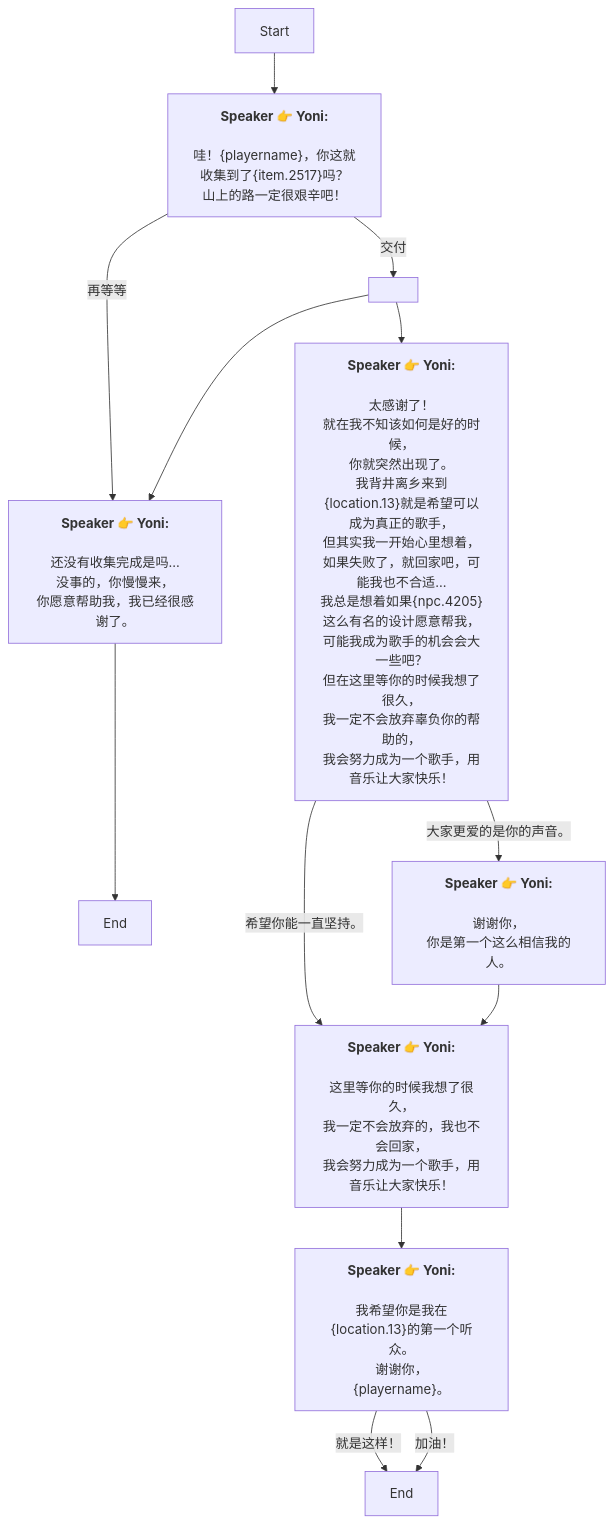
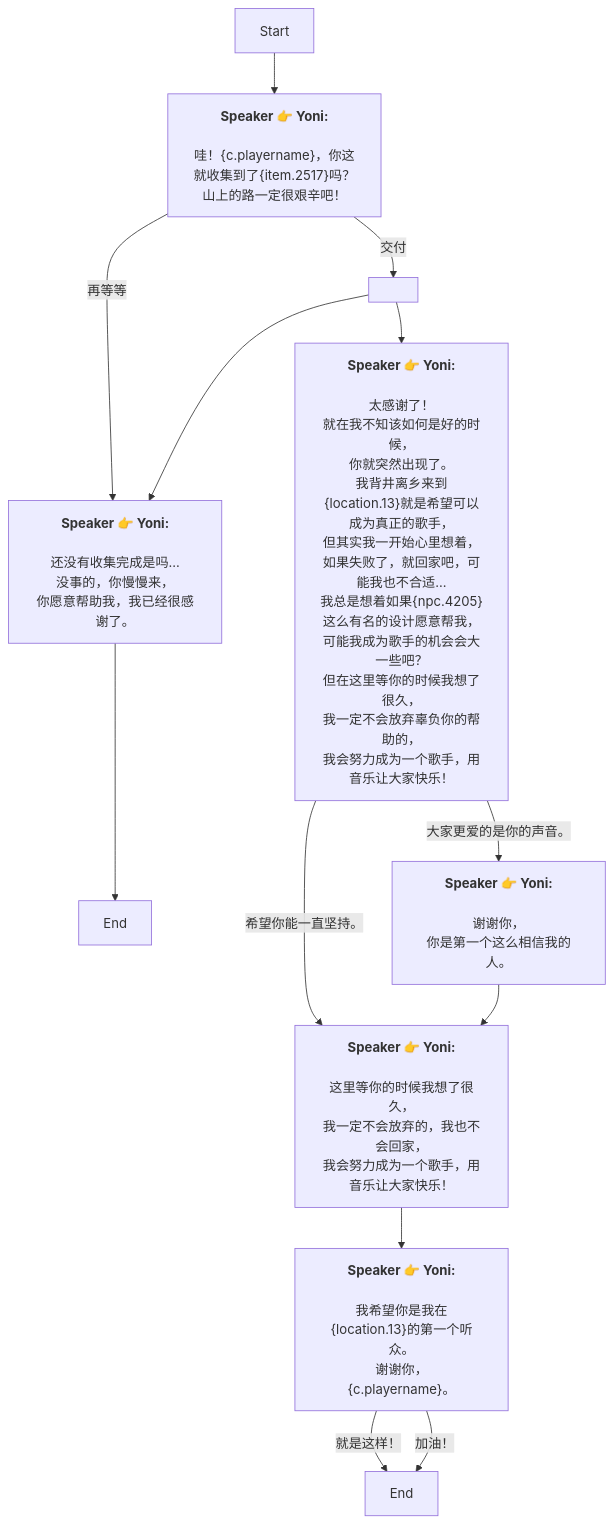
The diagram in Zh/QuestNPCDeliveryENode_1767747430516702.md (SoftHu/tos_avg), drawn with Mermaid before and after one commit. The commit also changed 410 other files, not shown here.

````diff
--- a/Zh/QuestNPCDeliveryENode_1767747430516702.md
+++ b/Zh/QuestNPCDeliveryENode_1767747430516702.md
@@ -1,42 +1,42 @@
 ```mermaid
 graph
 Start -->1767747552452602[<b>Speaker 👉 Yoni:</b>
-\n哇！&lbrace;playername&rbrace;，你这就收集到了&lbrace;item.2517&rbrace;吗？
+\n哇！&lbrace;c.playername&rbrace;，你这就收集到了&lbrace;item.2517&rbrace;吗？
 山上的路一定很艰辛吧！]
 1767747552452602 -->|再等等|1767747552455678[<b>Speaker 👉 Yoni:</b>
 \n还没有收集完成是吗...
 没事的，你慢慢来，
 你愿意帮助我，我已经很感谢了。]
 1767747552452602 -->|交付|1767747871150114[ ]
 1767747552455678 -->1767747552455679[End]
 1767747871150114 -->1767747552455678[<b>Speaker 👉 Yoni:</b>
 \n还没有收集完成是吗...
 没事的，你慢慢来，
 你愿意帮助我，我已经很感谢了。]
 1767747871150114 -->1767747552459777[<b>Speaker 👉 Yoni:</b>
 \n太感谢了！
 就在我不知该如何是好的时候，
 你就突然出现了。\n我背井离乡来到&lbrace;location.13&rbrace;就是希望可以成为真正的歌手，
 但其实我一开始心里想着，
 如果失败了，就回家吧，可能我也不合适...\n我总是想着如果&lbrace;npc.4205&rbrace;这么有名的设计愿意帮我，
 可能我成为歌手的机会会大一些吧？\n但在这里等你的时候我想了很久，
 我一定不会放弃辜负你的帮助的，
 我会努力成为一个歌手，用音乐让大家快乐！]
 1767747552459777 -->|希望你能一直坚持。|1767747552464902[<b>Speaker 👉 Yoni:</b>
 \n这里等你的时候我想了很久，
 我一定不会放弃的，我也不会回家，
 我会努力成为一个歌手，用音乐让大家快乐！]
 1767747552459777 -->|大家更爱的是你的声音。|1767747552471053[<b>Speaker 👉 Yoni:</b>
 \n谢谢你，
 你是第一个这么相信我的人。]
 1767747552464902 -->1767747552466951[<b>Speaker 👉 Yoni:</b>
 \n我希望你是我在&lbrace;location.13&rbrace;的第一个听众。\n谢谢你，
-&lbrace;playername&rbrace;。]
+&lbrace;c.playername&rbrace;。]
 1767747552466951 -->|就是这样！|1767747552469003[End]
 1767747552466951 -->|加油！|1767747552469003[End]
 1767747552471053 -->1767747552464902[<b>Speaker 👉 Yoni:</b>
 \n这里等你的时候我想了很久，
 我一定不会放弃的，我也不会回家，
 我会努力成为一个歌手，用音乐让大家快乐！]
 
 ```
````
